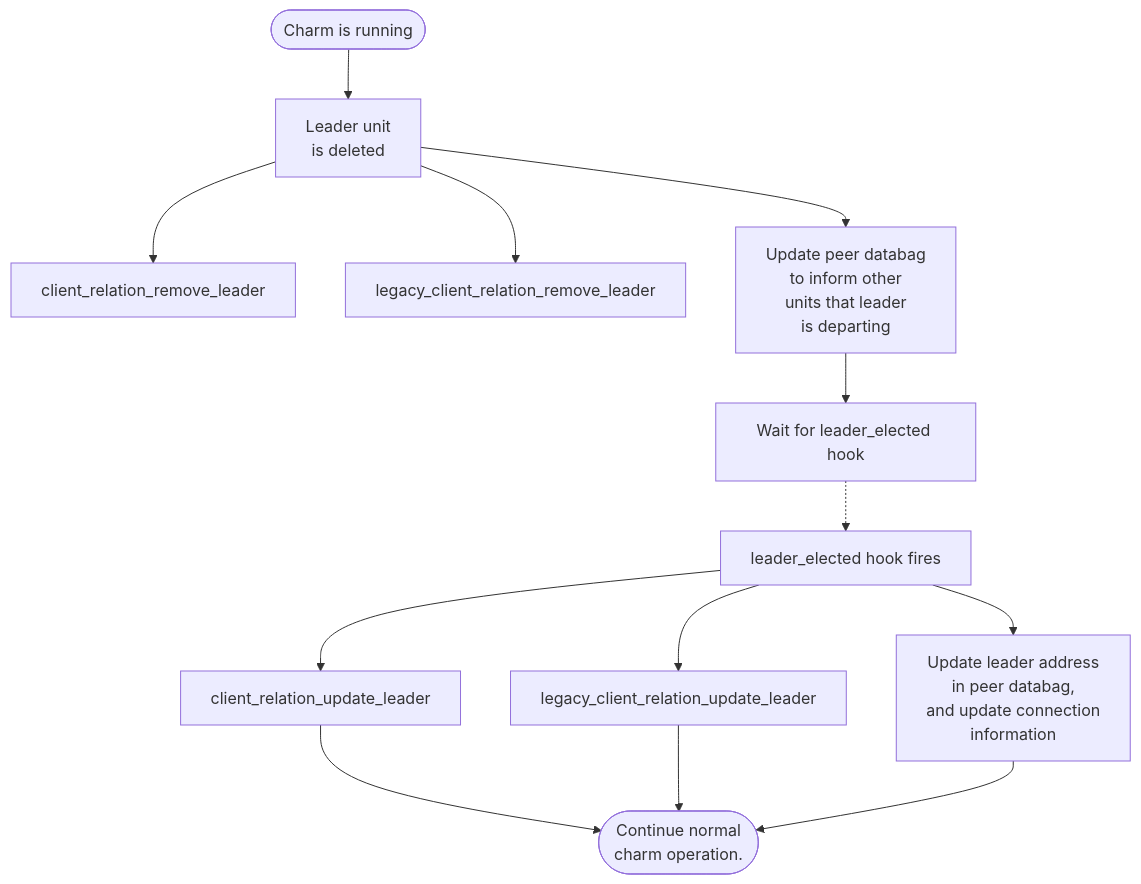
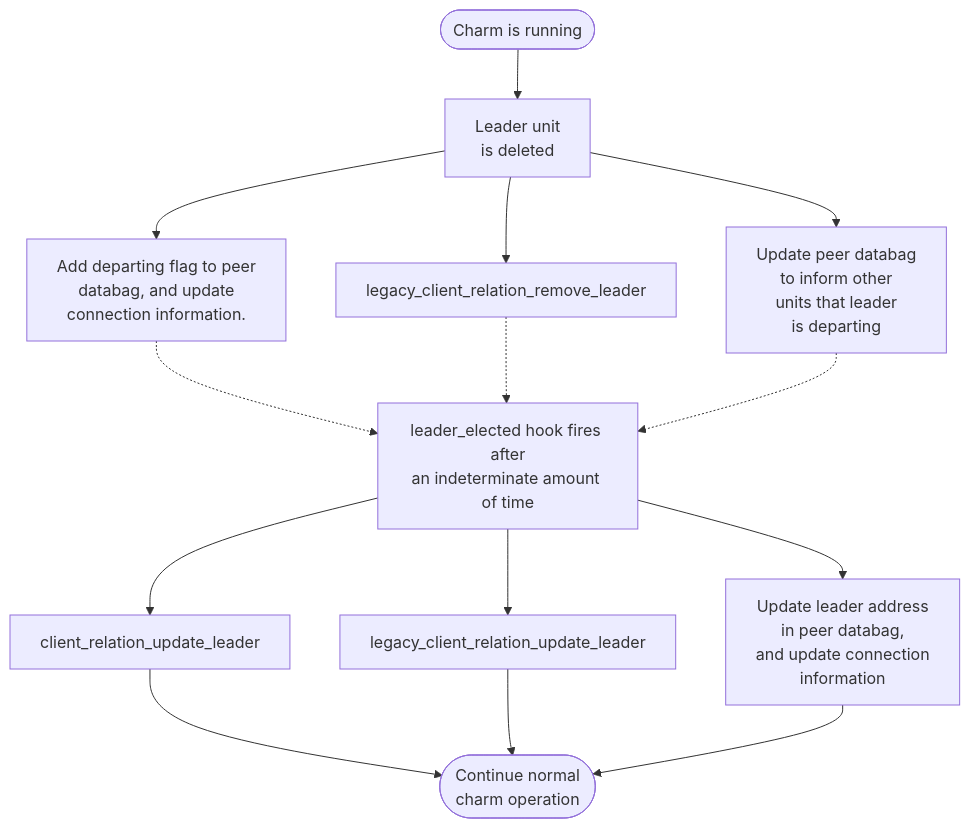
The third of 3 diagrams in documentation/charm.md (canonical/pgbouncer-k8s-operator), drawn with Mermaid before and after one commit.

Commit message:
simplifying flowchart

````diff
--- a/documentation/charm.md
+++ b/documentation/charm.md
@@ -46,15 +46,16 @@
 ```mermaid
 flowchart TD
   exists([Charm is running])--> leader_deleted[Leader unit \n is deleted]
-  leader_deleted --> client_relation_remove_leader
+  leader_deleted --> client_relation_remove_leader[Add departing flag to peer \n databag, and update \n connection information.]
   leader_deleted --> legacy_client_relation_remove_leader
   leader_deleted --> peer_relation_remove_leader[Update peer databag\nto inform other\nunits that leader\nis departing]
-  peer_relation_remove_leader --> wait_for_elect[Wait for leader_elected hook]
-  wait_for_elect -.-> leader_elected[leader_elected hook fires]
+  client_relation_remove_leader -.-> leader_elected
+  legacy_client_relation_remove_leader -.-> leader_elected
+  peer_relation_remove_leader -.-> leader_elected[leader_elected hook fires after\nan indeterminate amount of time]
   leader_elected --> client_relation_update_leader
   leader_elected --> legacy_client_relation_update_leader
   leader_elected --> peer_relation_update_leader[Update leader address\n in peer databag,\nand update connection\ninformation]
   client_relation_update_leader --> continue
   legacy_client_relation_update_leader --> continue
-  peer_relation_update_leader --> continue([Continue normal \n charm operation.])
+  peer_relation_update_leader --> continue([Continue normal \n charm operation])
 ```
````
